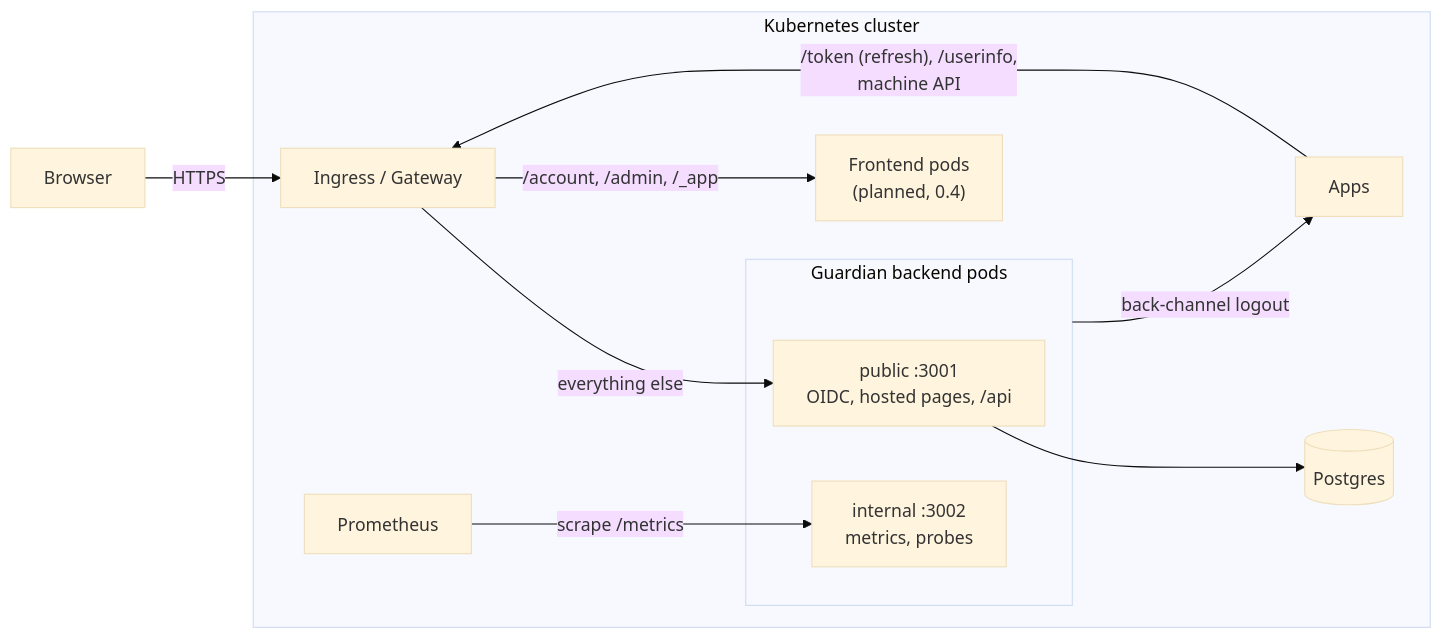
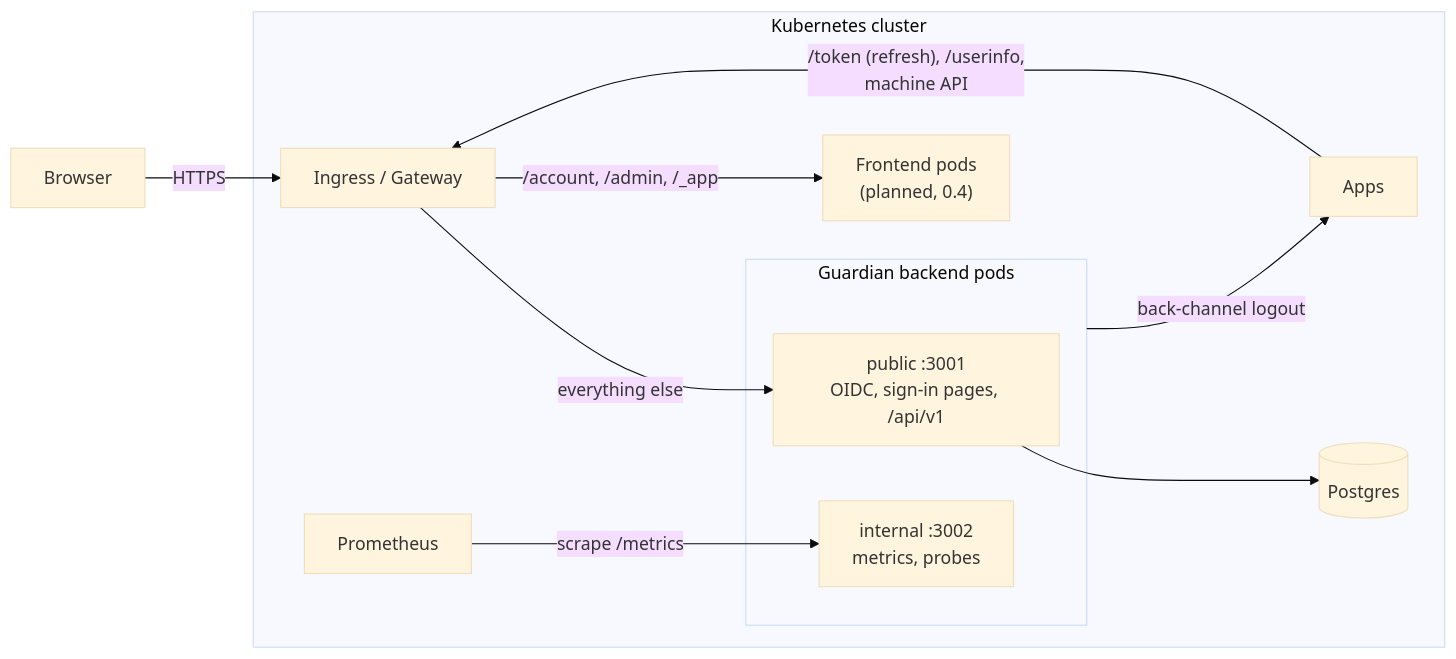
One commit to Krysset/Guardian changed the first of 4 diagrams in docs/ARCHITECTURE.md. Above: the diagram before and after it, drawn with Mermaid (base theme). The commit also changed other lines of this file and 11 other files, not shown here.

````diff
--- a/docs/ARCHITECTURE.md
+++ b/docs/ARCHITECTURE.md
@@ -52,16 +52,16 @@
 ```mermaid
 flowchart LR
   B[Browser] -->|HTTPS| I[Ingress / Gateway]
   subgraph K[Kubernetes cluster]
     I -->|/account, /admin, /_app| F["Frontend pods<br/>(planned, 0.4)"]
     I -->|everything else| P
     subgraph G[Guardian backend pods]
-      P["public :3001<br/>OIDC, hosted pages, /api"]
+      P["public :3001<br/>OIDC, sign-in pages, /api/v1"]
       N["internal :3002<br/>metrics, probes"]
     end
     A[Apps] -->|"/token (refresh), /userinfo,<br/>machine API"| I
     G -->|back-channel logout| A
     M[Prometheus] -->|scrape /metrics| N
     P --> D[(Postgres)]
   end
 ```
````
